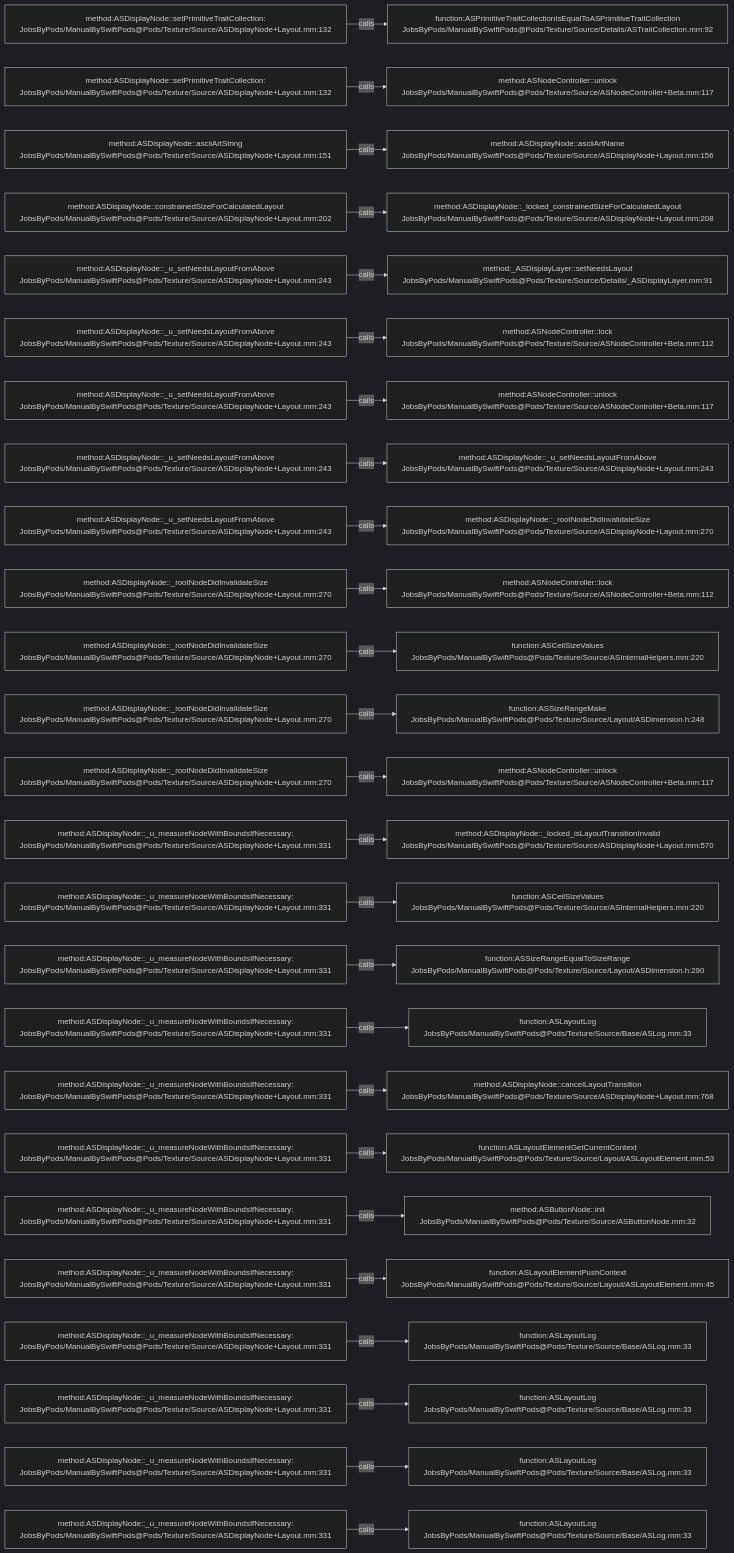
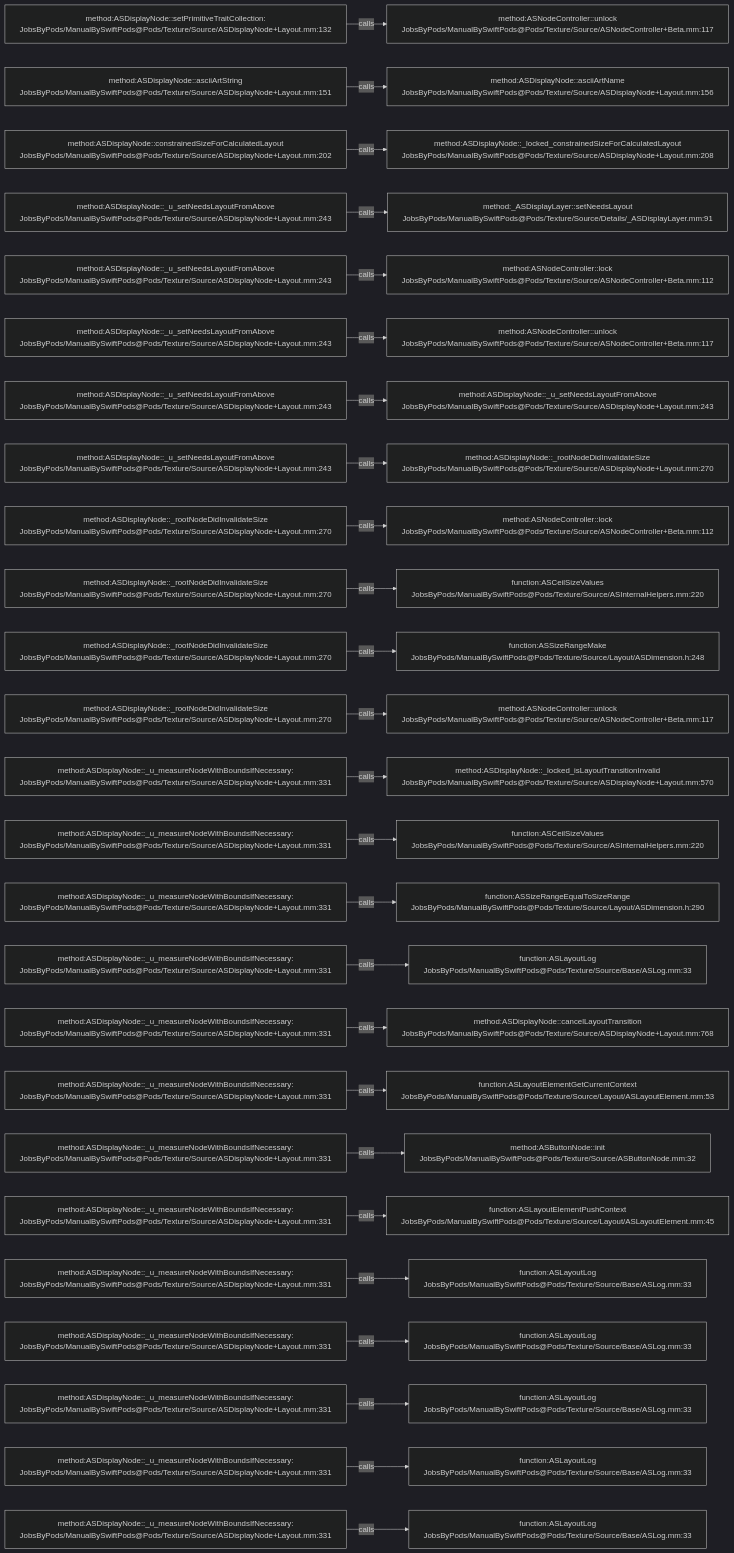
Before and after one commit to JobsKits/JobsSwiftBaseConfigDemo: the diagram in .codegraph/codegraph.md/graphs/calls-021.md, drawn with Mermaid (dark theme). The commit also changed 747 other files, not shown here.

````diff
--- a/.codegraph/codegraph.md/graphs/calls-021.md
+++ b/.codegraph/codegraph.md/graphs/calls-021.md
@@ -13,78 +13,78 @@
 ```mermaid
 flowchart LR
   S1["method:ASDisplayNode::setPrimitiveTraitCollection:<br/>JobsByPods/ManualBySwiftPods@Pods/Texture/Source/ASDisplayNode+Layout.mm:132"]
-  T1["function:ASPrimitiveTraitCollectionIsEqualToASPrimitiveTraitCollection<br/>JobsByPods/ManualBySwiftPods@Pods/Texture/Source/Details/ASTraitCollection.mm:92"]
+  T1["method:ASNodeController::unlock<br/>JobsByPods/ManualBySwiftPods@Pods/Texture/Source/ASNodeController+Beta.mm:117"]
   S1 -->|calls| T1
-  S2["method:ASDisplayNode::setPrimitiveTraitCollection:<br/>JobsByPods/ManualBySwiftPods@Pods/Texture/Source/ASDisplayNode+Layout.mm:132"]
-  T2["method:ASNodeController::unlock<br/>JobsByPods/ManualBySwiftPods@Pods/Texture/Source/ASNodeController+Beta.mm:117"]
+  S2["method:ASDisplayNode::asciiArtString<br/>JobsByPods/ManualBySwiftPods@Pods/Texture/Source/ASDisplayNode+Layout.mm:151"]
+  T2["method:ASDisplayNode::asciiArtName<br/>JobsByPods/ManualBySwiftPods@Pods/Texture/Source/ASDisplayNode+Layout.mm:156"]
   S2 -->|calls| T2
-  S3["method:ASDisplayNode::asciiArtString<br/>JobsByPods/ManualBySwiftPods@Pods/Texture/Source/ASDisplayNode+Layout.mm:151"]
-  T3["method:ASDisplayNode::asciiArtName<br/>JobsByPods/ManualBySwiftPods@Pods/Texture/Source/ASDisplayNode+Layout.mm:156"]
+  S3["method:ASDisplayNode::constrainedSizeForCalculatedLayout<br/>JobsByPods/ManualBySwiftPods@Pods/Texture/Source/ASDisplayNode+Layout.mm:202"]
+  T3["method:ASDisplayNode::_locked_constrainedSizeForCalculatedLayout<br/>JobsByPods/ManualBySwiftPods@Pods/Texture/Source/ASDisplayNode+Layout.mm:208"]
   S3 -->|calls| T3
-  S4["method:ASDisplayNode::constrainedSizeForCalculatedLayout<br/>JobsByPods/ManualBySwiftPods@Pods/Texture/Source/ASDisplayNode+Layout.mm:202"]
-  T4["method:ASDisplayNode::_locked_constrainedSizeForCalculatedLayout<br/>JobsByPods/ManualBySwiftPods@Pods/Texture/Source/ASDisplayNode+Layout.mm:208"]
+  S4["method:ASDisplayNode::_u_setNeedsLayoutFromAbove<br/>JobsByPods/ManualBySwiftPods@Pods/Texture/Source/ASDisplayNode+Layout.mm:243"]
+  T4["method:_ASDisplayLayer::setNeedsLayout<br/>JobsByPods/ManualBySwiftPods@Pods/Texture/Source/Details/_ASDisplayLayer.mm:91"]
   S4 -->|calls| T4
   S5["method:ASDisplayNode::_u_setNeedsLayoutFromAbove<br/>JobsByPods/ManualBySwiftPods@Pods/Texture/Source/ASDisplayNode+Layout.mm:243"]
-  T5["method:_ASDisplayLayer::setNeedsLayout<br/>JobsByPods/ManualBySwiftPods@Pods/Texture/Source/Details/_ASDisplayLayer.mm:91"]
+  T5["method:ASNodeController::lock<br/>JobsByPods/ManualBySwiftPods@Pods/Texture/Source/ASNodeController+Beta.mm:112"]
   S5 -->|calls| T5
   S6["method:ASDisplayNode::_u_setNeedsLayoutFromAbove<br/>JobsByPods/ManualBySwiftPods@Pods/Texture/Source/ASDisplayNode+Layout.mm:243"]
-  T6["method:ASNodeController::lock<br/>JobsByPods/ManualBySwiftPods@Pods/Texture/Source/ASNodeController+Beta.mm:112"]
+  T6["method:ASNodeController::unlock<br/>JobsByPods/ManualBySwiftPods@Pods/Texture/Source/ASNodeController+Beta.mm:117"]
   S6 -->|calls| T6
   S7["method:ASDisplayNode::_u_setNeedsLayoutFromAbove<br/>JobsByPods/ManualBySwiftPods@Pods/Texture/Source/ASDisplayNode+Layout.mm:243"]
-  T7["method:ASNodeController::unlock<br/>JobsByPods/ManualBySwiftPods@Pods/Texture/Source/ASNodeController+Beta.mm:117"]
+  T7["method:ASDisplayNode::_u_setNeedsLayoutFromAbove<br/>JobsByPods/ManualBySwiftPods@Pods/Texture/Source/ASDisplayNode+Layout.mm:243"]
   S7 -->|calls| T7
   S8["method:ASDisplayNode::_u_setNeedsLayoutFromAbove<br/>JobsByPods/ManualBySwiftPods@Pods/Texture/Source/ASDisplayNode+Layout.mm:243"]
-  T8["method:ASDisplayNode::_u_setNeedsLayoutFromAbove<br/>JobsByPods/ManualBySwiftPods@Pods/Texture/Source/ASDisplayNode+Layout.mm:243"]
+  T8["method:ASDisplayNode::_rootNodeDidInvalidateSize<br/>JobsByPods/ManualBySwiftPods@Pods/Texture/Source/ASDisplayNode+Layout.mm:270"]
   S8 -->|calls| T8
-  S9["method:ASDisplayNode::_u_setNeedsLayoutFromAbove<br/>JobsByPods/ManualBySwiftPods@Pods/Texture/Source/ASDisplayNode+Layout.mm:243"]
-  T9["method:ASDisplayNode::_rootNodeDidInvalidateSize<br/>JobsByPods/ManualBySwiftPods@Pods/Texture/Source/ASDisplayNode+Layout.mm:270"]
+  S9["method:ASDisplayNode::_rootNodeDidInvalidateSize<br/>JobsByPods/ManualBySwiftPods@Pods/Texture/Source/ASDisplayNode+Layout.mm:270"]
+  T9["method:ASNodeController::lock<br/>JobsByPods/ManualBySwiftPods@Pods/Texture/Source/ASNodeController+Beta.mm:112"]
   S9 -->|calls| T9
   S10["method:ASDisplayNode::_rootNodeDidInvalidateSize<br/>JobsByPods/ManualBySwiftPods@Pods/Texture/Source/ASDisplayNode+Layout.mm:270"]
-  T10["method:ASNodeController::lock<br/>JobsByPods/ManualBySwiftPods@Pods/Texture/Source/ASNodeController+Beta.mm:112"]
+  T10["function:ASCeilSizeValues<br/>JobsByPods/ManualBySwiftPods@Pods/Texture/Source/ASInternalHelpers.mm:220"]
   S10 -->|calls| T10
   S11["method:ASDisplayNode::_rootNodeDidInvalidateSize<br/>JobsByPods/ManualBySwiftPods@Pods/Texture/Source/ASDisplayNode+Layout.mm:270"]
-  T11["function:ASCeilSizeValues<br/>JobsByPods/ManualBySwiftPods@Pods/Texture/Source/ASInternalHelpers.mm:220"]
+  T11["function:ASSizeRangeMake<br/>JobsByPods/ManualBySwiftPods@Pods/Texture/Source/Layout/ASDimension.h:248"]
   S11 -->|calls| T11
   S12["method:ASDisplayNode::_rootNodeDidInvalidateSize<br/>JobsByPods/ManualBySwiftPods@Pods/Texture/Source/ASDisplayNode+Layout.mm:270"]
-  T12["function:ASSizeRangeMake<br/>JobsByPods/ManualBySwiftPods@Pods/Texture/Source/Layout/ASDimension.h:248"]
+  T12["method:ASNodeController::unlock<br/>JobsByPods/ManualBySwiftPods@Pods/Texture/Source/ASNodeController+Beta.mm:117"]
   S12 -->|calls| T12
-  S13["method:ASDisplayNode::_rootNodeDidInvalidateSize<br/>JobsByPods/ManualBySwiftPods@Pods/Texture/Source/ASDisplayNode+Layout.mm:270"]
-  T13["method:ASNodeController::unlock<br/>JobsByPods/ManualBySwiftPods@Pods/Texture/Source/ASNodeController+Beta.mm:117"]
+  S13["method:ASDisplayNode::_u_measureNodeWithBoundsIfNecessary:<br/>JobsByPods/ManualBySwiftPods@Pods/Texture/Source/ASDisplayNode+Layout.mm:331"]
+  T13["method:ASDisplayNode::_locked_isLayoutTransitionInvalid<br/>JobsByPods/ManualBySwiftPods@Pods/Texture/Source/ASDisplayNode+Layout.mm:570"]
   S13 -->|calls| T13
   S14["method:ASDisplayNode::_u_measureNodeWithBoundsIfNecessary:<br/>JobsByPods/ManualBySwiftPods@Pods/Texture/Source/ASDisplayNode+Layout.mm:331"]
-  T14["method:ASDisplayNode::_locked_isLayoutTransitionInvalid<br/>JobsByPods/ManualBySwiftPods@Pods/Texture/Source/ASDisplayNode+Layout.mm:570"]
+  T14["function:ASCeilSizeValues<br/>JobsByPods/ManualBySwiftPods@Pods/Texture/Source/ASInternalHelpers.mm:220"]
   S14 -->|calls| T14
   S15["method:ASDisplayNode::_u_measureNodeWithBoundsIfNecessary:<br/>JobsByPods/ManualBySwiftPods@Pods/Texture/Source/ASDisplayNode+Layout.mm:331"]
-  T15["function:ASCeilSizeValues<br/>JobsByPods/ManualBySwiftPods@Pods/Texture/Source/ASInternalHelpers.mm:220"]
+  T15["function:ASSizeRangeEqualToSizeRange<br/>JobsByPods/ManualBySwiftPods@Pods/Texture/Source/Layout/ASDimension.h:290"]
   S15 -->|calls| T15
   S16["method:ASDisplayNode::_u_measureNodeWithBoundsIfNecessary:<br/>JobsByPods/ManualBySwiftPods@Pods/Texture/Source/ASDisplayNode+Layout.mm:331"]
-  T16["function:ASSizeRangeEqualToSizeRange<br/>JobsByPods/ManualBySwiftPods@Pods/Texture/Source/Layout/ASDimension.h:290"]
+  T16["function:ASLayoutLog<br/>JobsByPods/ManualBySwiftPods@Pods/Texture/Source/Base/ASLog.mm:33"]
   S16 -->|calls| T16
   S17["method:ASDisplayNode::_u_measureNodeWithBoundsIfNecessary:<br/>JobsByPods/ManualBySwiftPods@Pods/Texture/Source/ASDisplayNode+Layout.mm:331"]
-  T17["function:ASLayoutLog<br/>JobsByPods/ManualBySwiftPods@Pods/Texture/Source/Base/ASLog.mm:33"]
+  T17["method:ASDisplayNode::cancelLayoutTransition<br/>JobsByPods/ManualBySwiftPods@Pods/Texture/Source/ASDisplayNode+Layout.mm:768"]
   S17 -->|calls| T17
   S18["method:ASDisplayNode::_u_measureNodeWithBoundsIfNecessary:<br/>JobsByPods/ManualBySwiftPods@Pods/Texture/Source/ASDisplayNode+Layout.mm:331"]
-  T18["method:ASDisplayNode::cancelLayoutTransition<br/>JobsByPods/ManualBySwiftPods@Pods/Texture/Source/ASDisplayNode+Layout.mm:768"]
+  T18["function:ASLayoutElementGetCurrentContext<br/>JobsByPods/ManualBySwiftPods@Pods/Texture/Source/Layout/ASLayoutElement.mm:53"]
   S18 -->|calls| T18
   S19["method:ASDisplayNode::_u_measureNodeWithBoundsIfNecessary:<br/>JobsByPods/ManualBySwiftPods@Pods/Texture/Source/ASDisplayNode+Layout.mm:331"]
-  T19["function:ASLayoutElementGetCurrentContext<br/>JobsByPods/ManualBySwiftPods@Pods/Texture/Source/Layout/ASLayoutElement.mm:53"]
+  T19["method:ASButtonNode::init<br/>JobsByPods/ManualBySwiftPods@Pods/Texture/Source/ASButtonNode.mm:32"]
   S19 -->|calls| T19
   S20["method:ASDisplayNode::_u_measureNodeWithBoundsIfNecessary:<br/>JobsByPods/ManualBySwiftPods@Pods/Texture/Source/ASDisplayNode+Layout.mm:331"]
-  T20["method:ASButtonNode::init<br/>JobsByPods/ManualBySwiftPods@Pods/Texture/Source/ASButtonNode.mm:32"]
+  T20["function:ASLayoutElementPushContext<br/>JobsByPods/ManualBySwiftPods@Pods/Texture/Source/Layout/ASLayoutElement.mm:45"]
   S20 -->|calls| T20
   S21["method:ASDisplayNode::_u_measureNodeWithBoundsIfNecessary:<br/>JobsByPods/ManualBySwiftPods@Pods/Texture/Source/ASDisplayNode+Layout.mm:331"]
-  T21["function:ASLayoutElementPushContext<br/>JobsByPods/ManualBySwiftPods@Pods/Texture/Source/Layout/ASLayoutElement.mm:45"]
+  T21["function:ASLayoutLog<br/>JobsByPods/ManualBySwiftPods@Pods/Texture/Source/Base/ASLog.mm:33"]
   S21 -->|calls| T21
   S22["method:ASDisplayNode::_u_measureNodeWithBoundsIfNecessary:<br/>JobsByPods/ManualBySwiftPods@Pods/Texture/Source/ASDisplayNode+Layout.mm:331"]
   T22["function:ASLayoutLog<br/>JobsByPods/ManualBySwiftPods@Pods/Texture/Source/Base/ASLog.mm:33"]
   S22 -->|calls| T22
   S23["method:ASDisplayNode::_u_measureNodeWithBoundsIfNecessary:<br/>JobsByPods/ManualBySwiftPods@Pods/Texture/Source/ASDisplayNode+Layout.mm:331"]
   T23["function:ASLayoutLog<br/>JobsByPods/ManualBySwiftPods@Pods/Texture/Source/Base/ASLog.mm:33"]
   S23 -->|calls| T23
   S24["method:ASDisplayNode::_u_measureNodeWithBoundsIfNecessary:<br/>JobsByPods/ManualBySwiftPods@Pods/Texture/Source/ASDisplayNode+Layout.mm:331"]
   T24["function:ASLayoutLog<br/>JobsByPods/ManualBySwiftPods@Pods/Texture/Source/Base/ASLog.mm:33"]
   S24 -->|calls| T24
   S25["method:ASDisplayNode::_u_measureNodeWithBoundsIfNecessary:<br/>JobsByPods/ManualBySwiftPods@Pods/Texture/Source/ASDisplayNode+Layout.mm:331"]
   T25["function:ASLayoutLog<br/>JobsByPods/ManualBySwiftPods@Pods/Texture/Source/Base/ASLog.mm:33"]
   S25 -->|calls| T25
 ```
````
